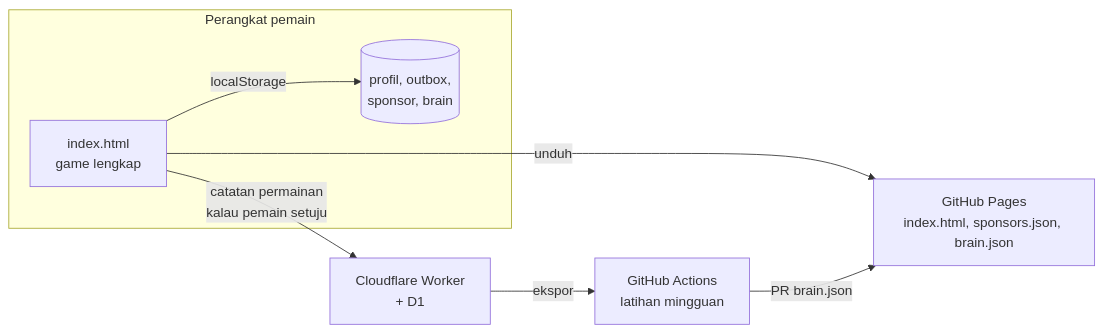
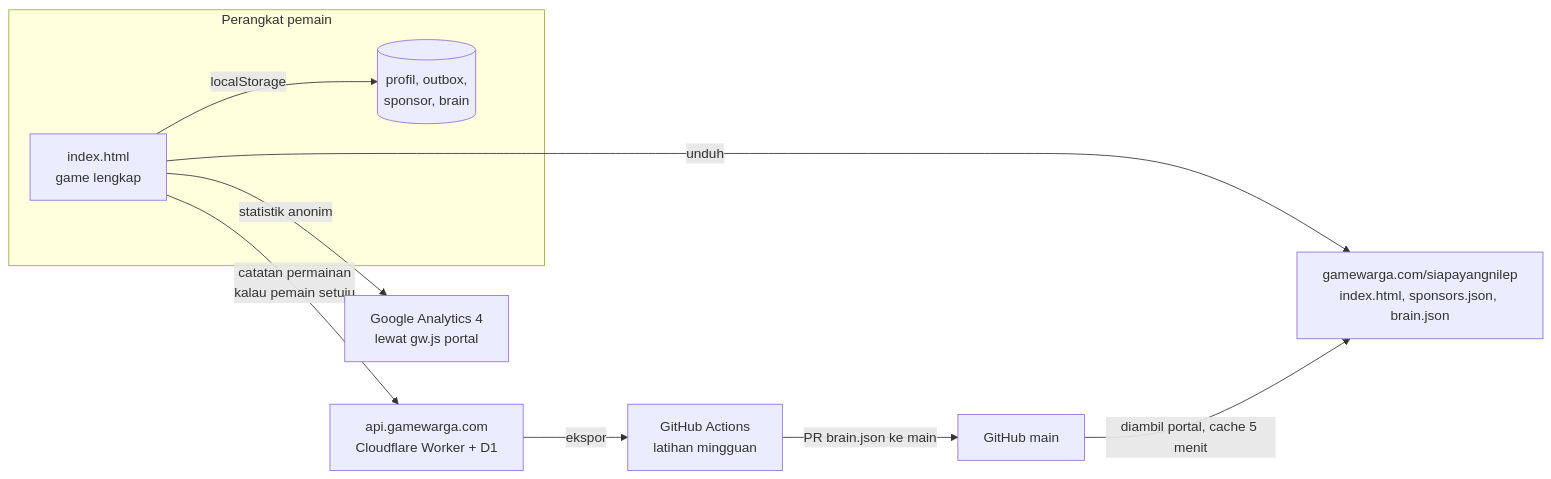
The first of 4 diagrams in docs/TEKNIS.md (thofik93/arisan), drawn with Mermaid before and after one commit. The commit also changed other lines of this file and 4 other files, not shown here.

Commit message:
docs: gamewarga.com, api.gamewarga.com, GA4, SEO, dan pindahan dari GitHub Pages

````diff
--- a/docs/TEKNIS.md
+++ b/docs/TEKNIS.md
@@ -36,10 +36,12 @@
 ```mermaid
 flowchart LR
   subgraph Perangkat pemain
     A[index.html<br/>game lengkap] -->|localStorage| S[(profil, outbox,<br/>sponsor, brain)]
   end
-  A -- unduh --> GP[GitHub Pages<br/>index.html, sponsors.json, brain.json]
-  A -- catatan permainan<br/>kalau pemain setuju --> CF[Cloudflare Worker<br/>+ D1]
+  A -- unduh --> GP[gamewarga.com/siapayangnilep<br/>index.html, sponsors.json, brain.json]
+  A -- catatan permainan<br/>kalau pemain setuju --> CF[api.gamewarga.com<br/>Cloudflare Worker + D1]
+  A -- statistik anonim --> GA4[Google Analytics 4<br/>lewat gw.js portal]
   CF -- ekspor --> GA[GitHub Actions<br/>latihan mingguan]
-  GA -- PR brain.json --> GP
+  GA -- PR brain.json ke main --> GH[GitHub main]
+  GH -- diambil portal, cache 5 menit --> GP
 ```
````
